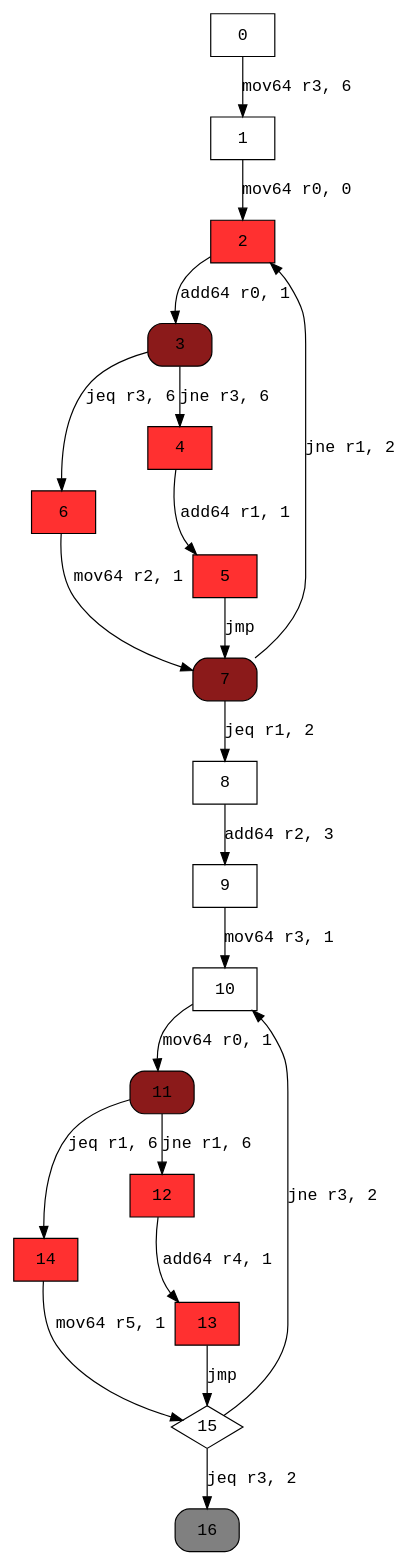
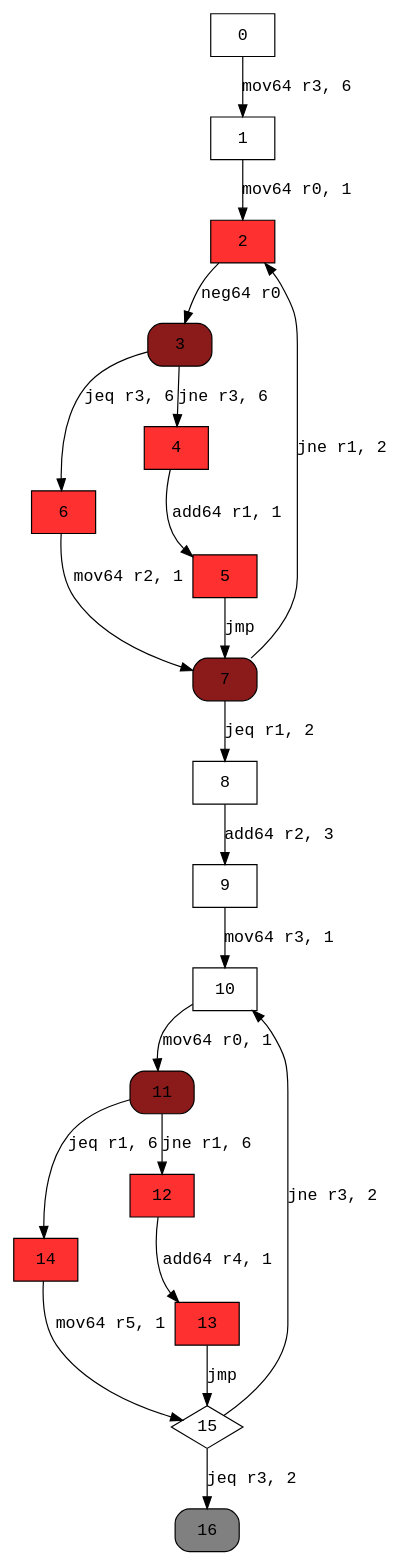
The diagram in examples/graphs/doWhileIfNested.dot (XicoCorreia/Information-Flow-Analysis-Thesis), drawn with Graphviz before and after one commit. The commit also changed 12 other files, not shown here.

```diff
--- a/examples/graphs/doWhileIfNested.dot
+++ b/examples/graphs/doWhileIfNested.dot
@@ -1,37 +1,37 @@
 digraph cfg { 
 node [fontname="monospace"];
 node [shape=box];
 edge [fontname="monospace"];
   0 -> 1 [label="mov64 r3, 6"];
-  1 -> 2 [label="mov64 r0, 0"];
-  2 -> 3 [label="add64 r0, 1"];
+  1 -> 2 [label="mov64 r0, 1"];
+  2 -> 3 [label="neg64 r0"];
   3 -> 6 [label="jeq r3, 6"];
   3 -> 4 [label="jne r3, 6"];
   4 -> 5 [label="add64 r1, 1"];
   5 -> 7 [label="jmp"];
   6 -> 7 [label="mov64 r2, 1"];
   7 -> 8 [label="jeq r1, 2"];
   7 -> 2 [label="jne r1, 2"];
   8 -> 9 [label="add64 r2, 3"];
   9 -> 10 [label="mov64 r3, 1"];
   10 -> 11 [label="mov64 r0, 1"];
   11 -> 14 [label="jeq r1, 6"];
   11 -> 12 [label="jne r1, 6"];
   12 -> 13 [label="add64 r4, 1"];
   13 -> 15 [label="jmp"];
   14 -> 15 [label="mov64 r5, 1"];
   15 -> 16 [label="jeq r3, 2"];
   15 -> 10 [label="jne r3, 2"];
 2 [style=filled,fillcolor=firebrick1];
 3 [style="rounded,filled",fillcolor=firebrick4];
 4 [style=filled,fillcolor=firebrick1];
 5 [style=filled,fillcolor=firebrick1];
 6 [style=filled,fillcolor=firebrick1];
 7 [style="rounded,filled",fillcolor=firebrick4];
 11 [style="rounded,filled",fillcolor=firebrick4];
 12 [style=filled,fillcolor=firebrick1];
 13 [style=filled,fillcolor=firebrick1];
 14 [style=filled,fillcolor=firebrick1];
 15 [shape=diamond];
 16 [style="rounded,filled",fillcolor=grey];
 }
```
